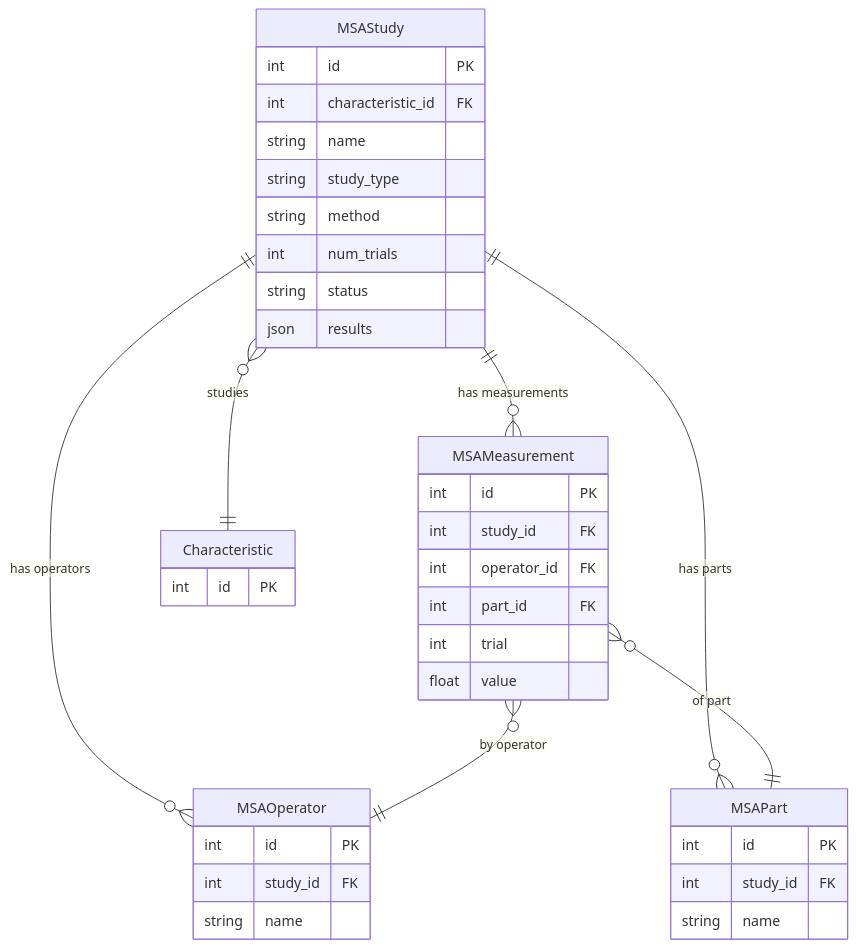
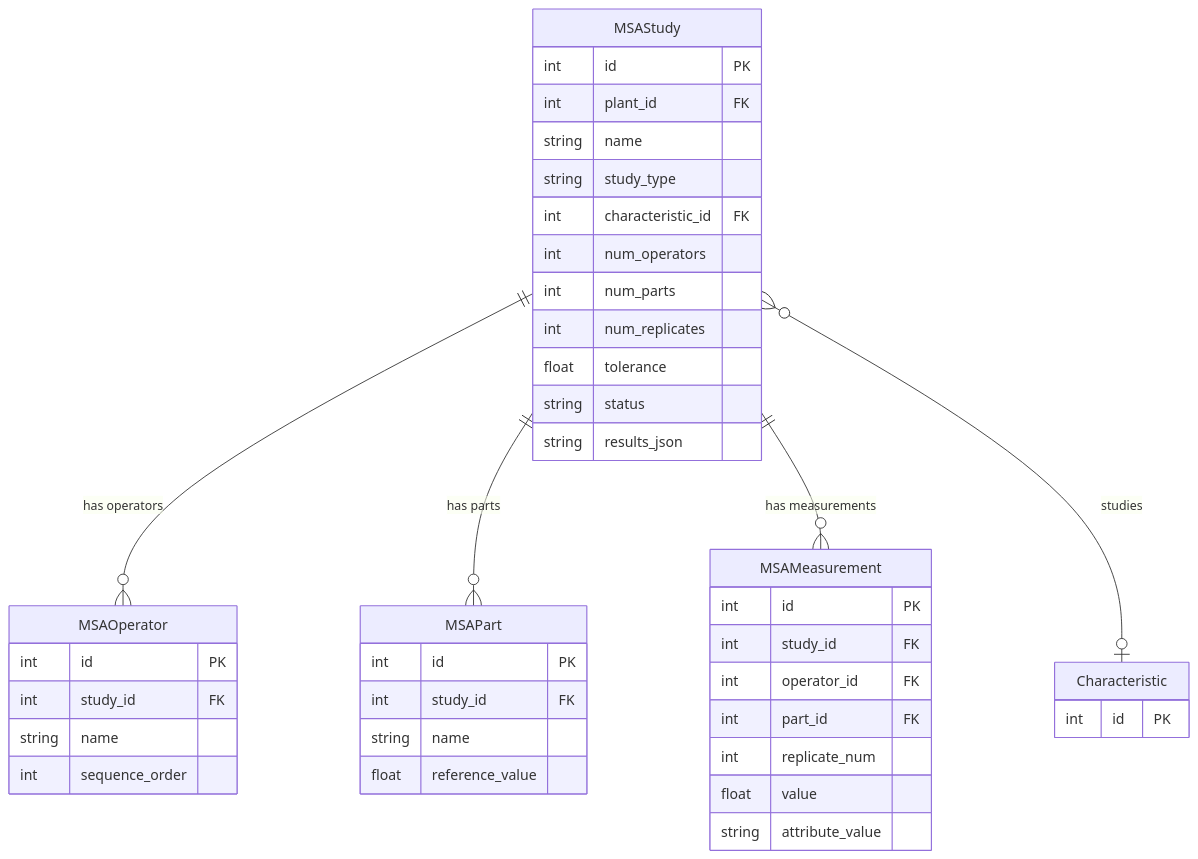
The second of 2 diagrams in .knowledge/features/msa.md (saturnis-io/cassini), drawn with Mermaid before and after one commit. The commit also changed other lines of this file and 16 other files, not shown here.

First line of the commit message:
knowledge-graph: regenerate

````diff
--- a/.knowledge/features/msa.md
+++ b/.knowledge/features/msa.md
@@ -28,40 +29,44 @@
 ```mermaid
 erDiagram
     MSAStudy ||--o{ MSAOperator : "has operators"
     MSAStudy ||--o{ MSAPart : "has parts"
     MSAStudy ||--o{ MSAMeasurement : "has measurements"
-    MSAStudy }o--|| Characteristic : "studies"
-    MSAMeasurement }o--|| MSAOperator : "by operator"
-    MSAMeasurement }o--|| MSAPart : "of part"
+    MSAStudy }o--o| Characteristic : "studies"
     MSAStudy {
         int id PK
-        int characteristic_id FK
+        int plant_id FK
         string name
         string study_type
-        string method
-        int num_trials
+        int characteristic_id FK
+        int num_operators
+        int num_parts
+        int num_replicates
+        float tolerance
         string status
-        json results
+        string results_json
     }
     MSAOperator {
         int id PK
         int study_id FK
         string name
+        int sequence_order
     }
     MSAPart {
         int id PK
         int study_id FK
         string name
+        float reference_value
     }
     MSAMeasurement {
         int id PK
         int study_id FK
         int operator_id FK
         int part_id FK
-        int trial
+        int replicate_num
         float value
+        string attribute_value
     }
     Characteristic {
         int id PK
     }
 ```
````
